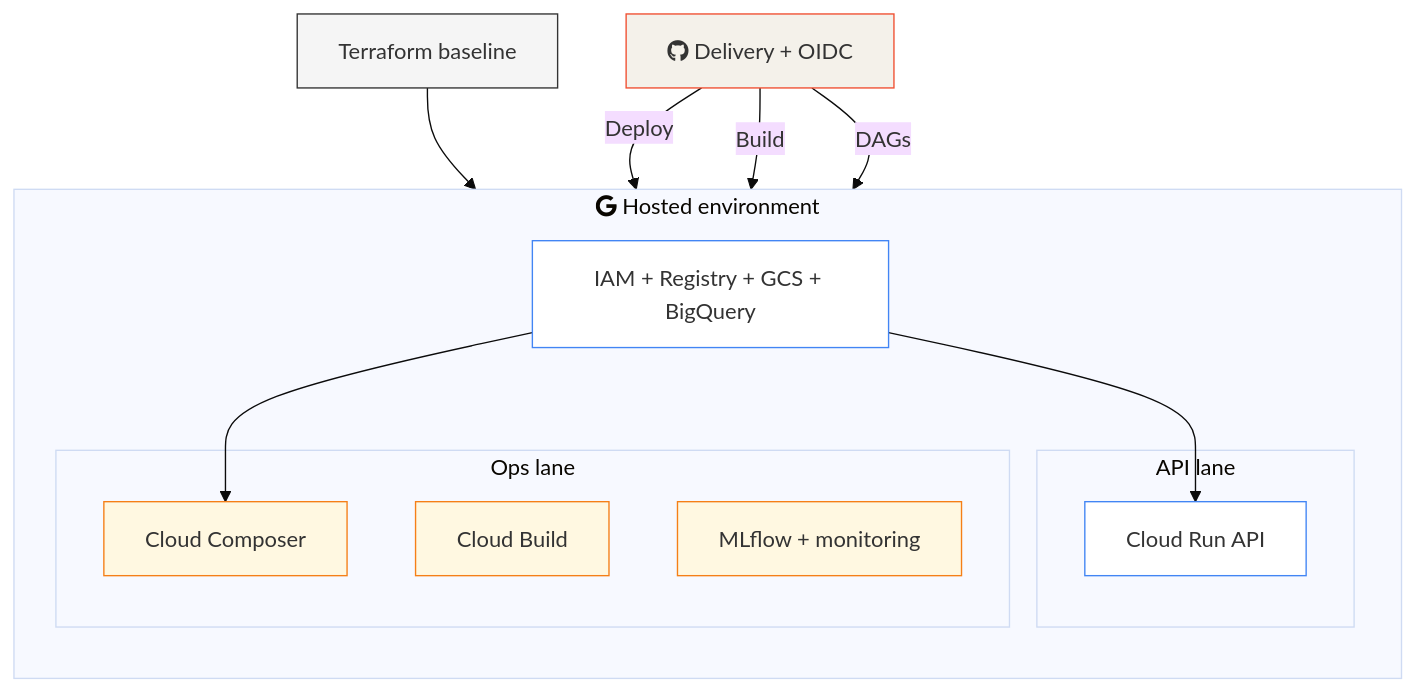
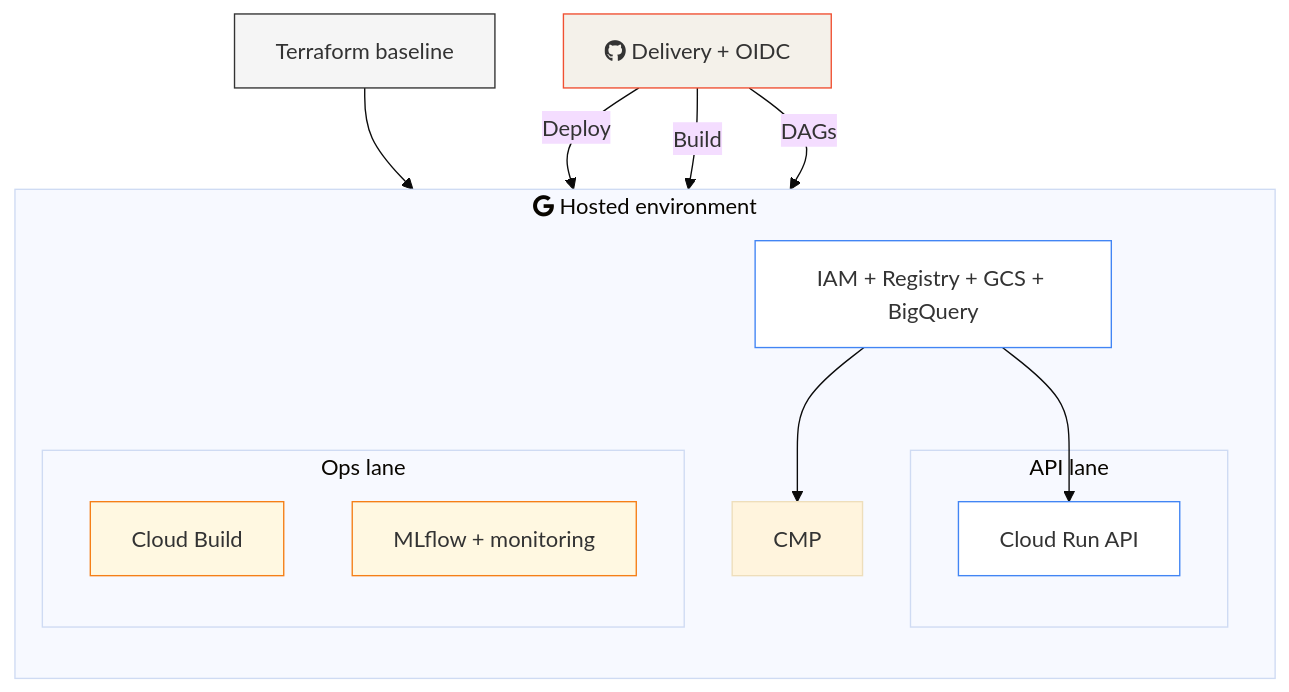
The second of 4 diagrams in docs/site/system/cloud-mapping.md (javihslu/foehncast), drawn with Mermaid (base theme) before and after one commit. The commit also changed other lines of this file and 6 other files, not shown here.

```diff
--- a/docs/site/system/cloud-mapping.md
+++ b/docs/site/system/cloud-mapping.md
@@ -109,34 +109,33 @@
 <div class="mermaid">
 flowchart TD
     %% Styling
     classDef infra fill:#f5f5f5,stroke:#333
     classDef runner fill:#f4f1ea,stroke:#f05032
     classDef platform fill:#fff,stroke:#4285F4
     classDef operator fill:#fff8e1,stroke:#f57f17
 
     TF["Terraform baseline"]:::infra
     GH["fab:fa-github Delivery + OIDC"]:::runner
 
     subgraph GCP ["fab:fa-google Hosted environment"]
         direction TB
         BASE["IAM + Registry + GCS + BigQuery"]:::platform
 
         subgraph PublicLane ["API lane"]
             RUN["Cloud Run API"]:::platform
         end
 
         subgraph PrivateLane ["Ops lane"]
-            CMP["Cloud Composer"]:::operator
             CB["Cloud Build"]:::operator
             OPS["MLflow + monitoring"]:::operator
         end
 
         BASE --> RUN
         BASE --> CMP
     end
 
     TF --> BASE
     GH -- "Deploy" --> RUN
     GH -- "Build" --> CB
     GH -- "DAGs" --> CMP
 </div>
```
